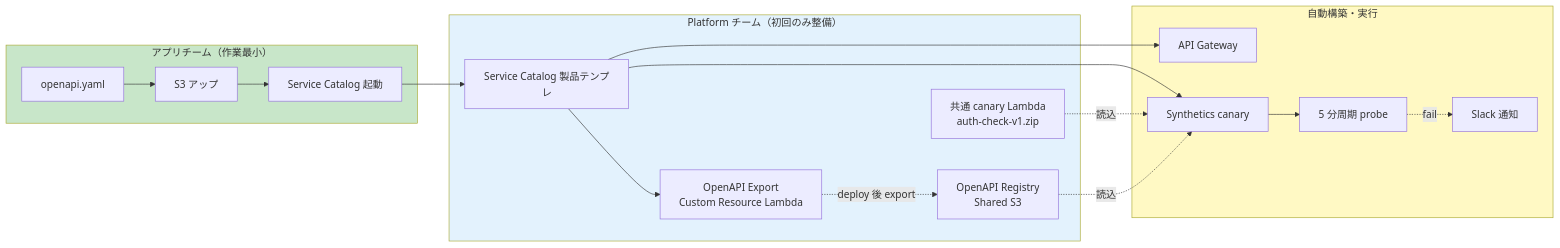
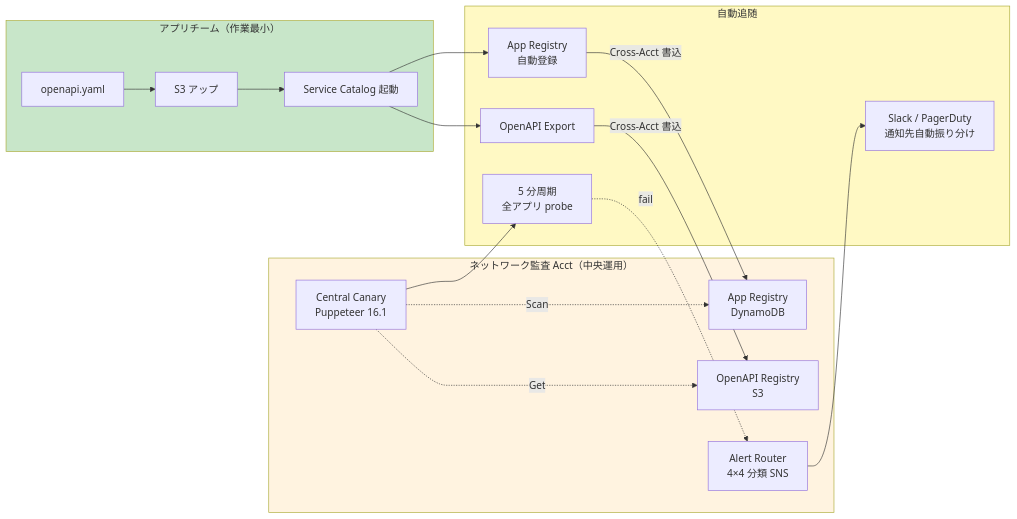
One commit to suepie/aws-atuh-poc changed the second of 25 diagrams in doc/api-platform/customer-doc/01-external-api-auth-decision-guide.md. Above: the diagram before and after it, drawn with Mermaid. The commit also changed other lines of this file and 16 other files, not shown here.

````diff
--- a/doc/api-platform/customer-doc/01-external-api-auth-decision-guide.md
+++ b/doc/api-platform/customer-doc/01-external-api-auth-decision-guide.md
@@ -173,37 +175,38 @@
 ```mermaid
 flowchart LR
     subgraph App["アプリチーム（作業最小）"]
         OAS[openapi.yaml]
         OAS_S3[S3 アップ]
         SC_Launch[Service Catalog 起動]
         OAS --> OAS_S3 --> SC_Launch
     end
 
-    subgraph Platform["Platform チーム（初回のみ整備）"]
-        Canary_Code[共通 canary Lambda<br/>auth-check-v1.zip]
-        SC_Product[Service Catalog 製品テンプレ]
-        Registry[OpenAPI Registry<br/>Shared S3]
-        Export_Lambda[OpenAPI Export<br/>Custom Resource Lambda]
+    subgraph Network["ネットワーク監査 Acct（中央運用）"]
+        Registry[App Registry<br/>DynamoDB]
+        OpenAPIReg[OpenAPI Registry<br/>S3]
+        CC[Central Canary<br/>Puppeteer 16.1]
+        Router[Alert Router<br/>4×4 分類 SNS]
     end
 
-    subgraph Auto["自動構築・実行"]
-        APIGW[API Gateway]
-        Canary[Synthetics canary]
-        Probe[5 分周期 probe]
-        Alarm[Slack 通知]
+    subgraph Auto["自動追随"]
+        Register[App Registry<br/>自動登録]
+        Export[OpenAPI Export]
+        Probe[5 分周期<br/>全アプリ probe]
+        Alerts[Slack / PagerDuty<br/>通知先自動振り分け]
     end
 
-    SC_Launch --> SC_Product
-    SC_Product --> APIGW
-    SC_Product --> Canary
-    SC_Product --> Export_Lambda
-    Canary_Code -.読込.-> Canary
-    Export_Lambda -.deploy 後 export.-> Registry
-    Registry -.読込.-> Canary
-    Canary --> Probe
-    Probe -.fail.-> Alarm
+    SC_Launch --> Register
+    SC_Launch --> Export
+    Register -->|Cross-Acct 書込| Registry
+    Export -->|Cross-Acct 書込| OpenAPIReg
+
+    CC -.Scan.-> Registry
+    CC -.Get.-> OpenAPIReg
+    CC --> Probe
+    Probe -.fail.-> Router
+    Router --> Alerts
 
     style App fill:#c8e6c9
-    style Platform fill:#e3f2fd
+    style Network fill:#fff3e0
     style Auto fill:#fff9c4
 ```
````
